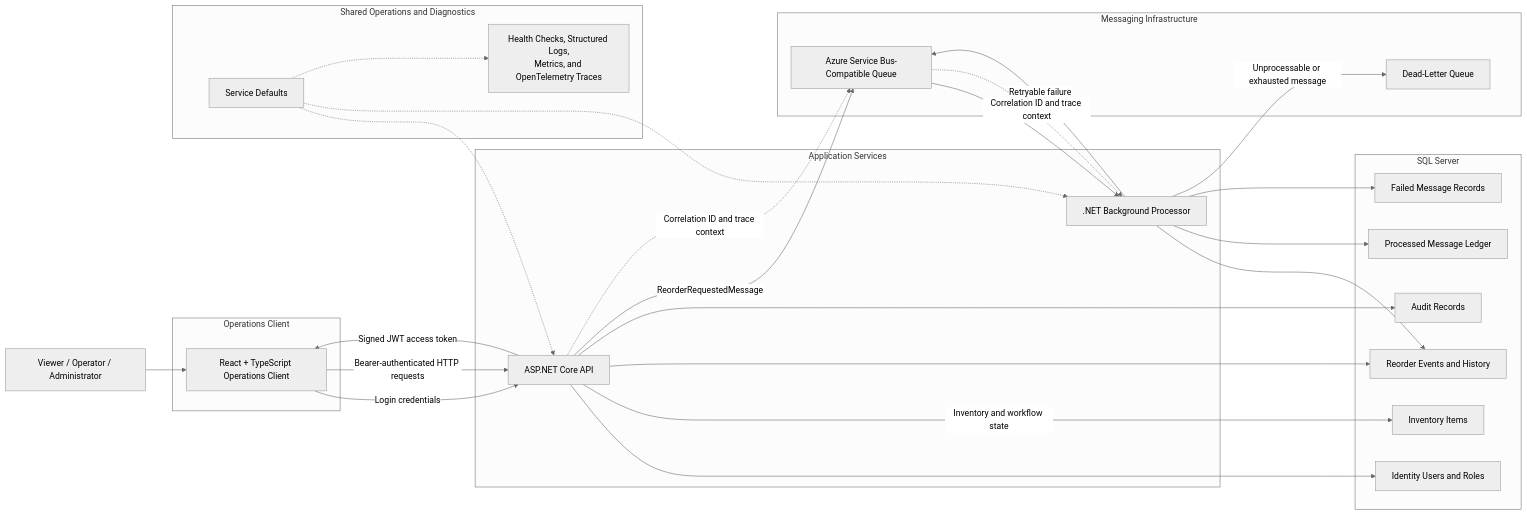
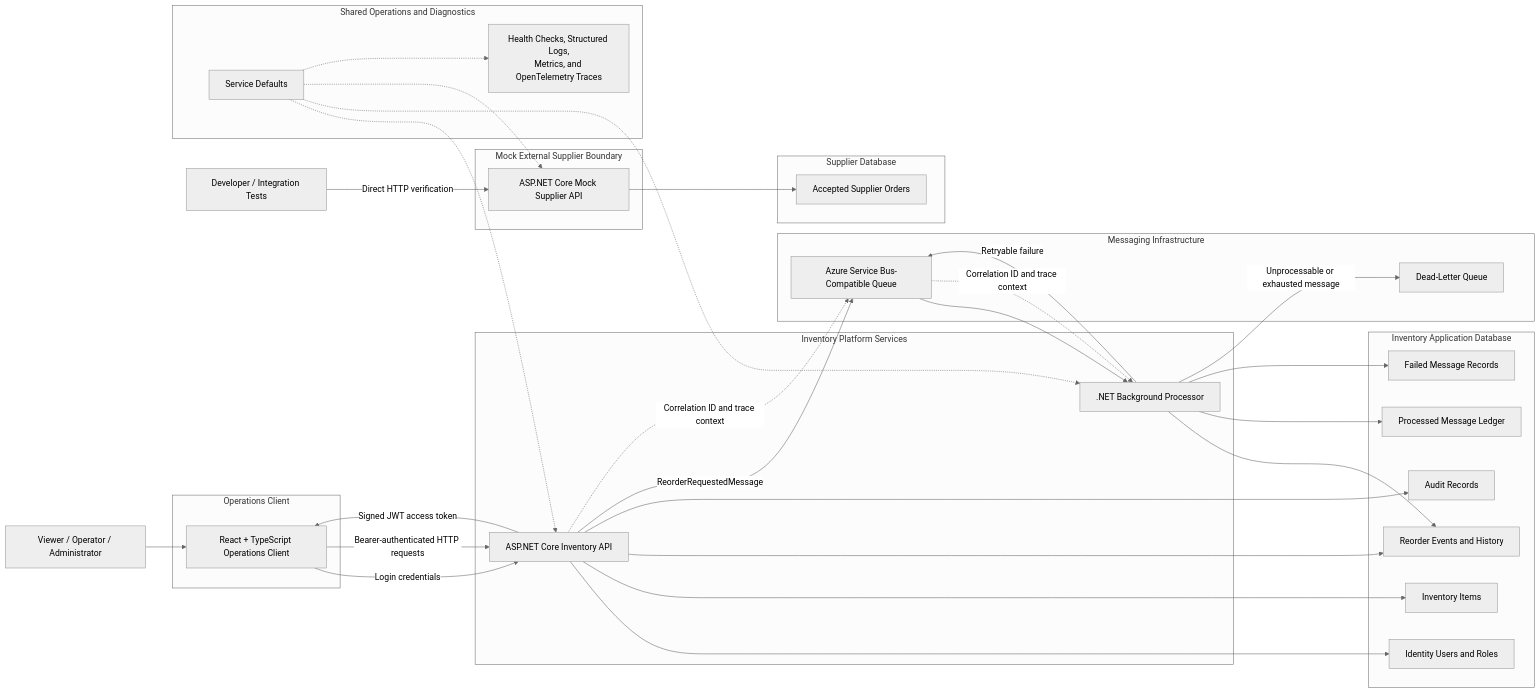
Before and after one commit to w-cook/event-driven-inventory-reorder-platform: the diagram in docs/architecture.md, drawn with Mermaid (neutral theme). The commit also changed other lines of this file and 9 other files, not shown here.

Commit message:
Document mock supplier service

````diff
--- a/docs/architecture.md
+++ b/docs/architecture.md
@@ -9,57 +11,70 @@
 ```mermaid
 flowchart LR
     User["Viewer / Operator / Administrator"]
+    Developer["Developer / Integration Tests"]
 
     subgraph Client["Operations Client"]
         React["React + TypeScript Operations Client"]
     end
 
-    subgraph Application["Application Services"]
-        API["ASP.NET Core API"]
+    subgraph Application["Inventory Platform Services"]
+        API["ASP.NET Core Inventory API"]
         Processor[".NET Background Processor"]
+    end
+
+    subgraph SupplierBoundary["Mock External Supplier Boundary"]
+        SupplierApi["ASP.NET Core Mock Supplier API"]
     end
 
     subgraph Messaging["Messaging Infrastructure"]
         Queue["Azure Service Bus-Compatible Queue"]
         DLQ["Dead-Letter Queue"]
     end
 
-    subgraph Persistence["SQL Server"]
+    subgraph ApplicationPersistence["Inventory Application Database"]
         Identity["Identity Users and Roles"]
         Inventory["Inventory Items"]
         Reorders["Reorder Events and History"]
         Audit["Audit Records"]
         Processed["Processed Message Ledger"]
         Failed["Failed Message Records"]
+    end
+
+    subgraph SupplierPersistence["Supplier Database"]
+        SupplierOrders["Accepted Supplier Orders"]
     end
 
     subgraph Observability["Shared Operations and Diagnostics"]
         ServiceDefaults["Service Defaults"]
         Telemetry["Health Checks, Structured Logs,\nMetrics, and OpenTelemetry Traces"]
     end
 
     User --> React
     React -->|"Login credentials"| API
     API -->|"Signed JWT access token"| React
     React -->|"Bearer-authenticated HTTP requests"| API
 
     API --> Identity
-    API -->|"Inventory and workflow state"| Inventory
+    API --> Inventory
     API --> Reorders
     API --> Audit
     API -->|"ReorderRequestedMessage"| Queue
 
     Queue --> Processor
     Processor --> Reorders
     Processor --> Processed
     Processor --> Failed
     Processor -->|"Retryable failure"| Queue
     Processor -->|"Unprocessable or exhausted message"| DLQ
 
+    Developer -->|"Direct HTTP verification"| SupplierApi
+    SupplierApi --> SupplierOrders
+
     ServiceDefaults -.-> API
     ServiceDefaults -.-> Processor
+    ServiceDefaults -.-> SupplierApi
     ServiceDefaults -.-> Telemetry
 
     API -.->|"Correlation ID and trace context"| Queue
     Queue -.->|"Correlation ID and trace context"| Processor
 ```
````
